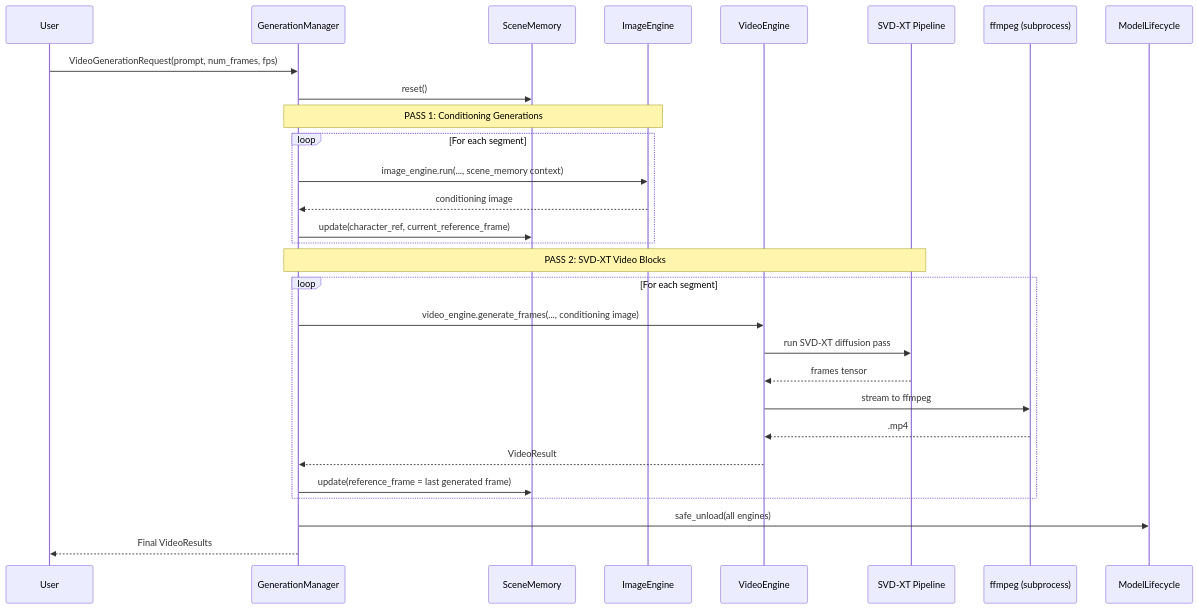
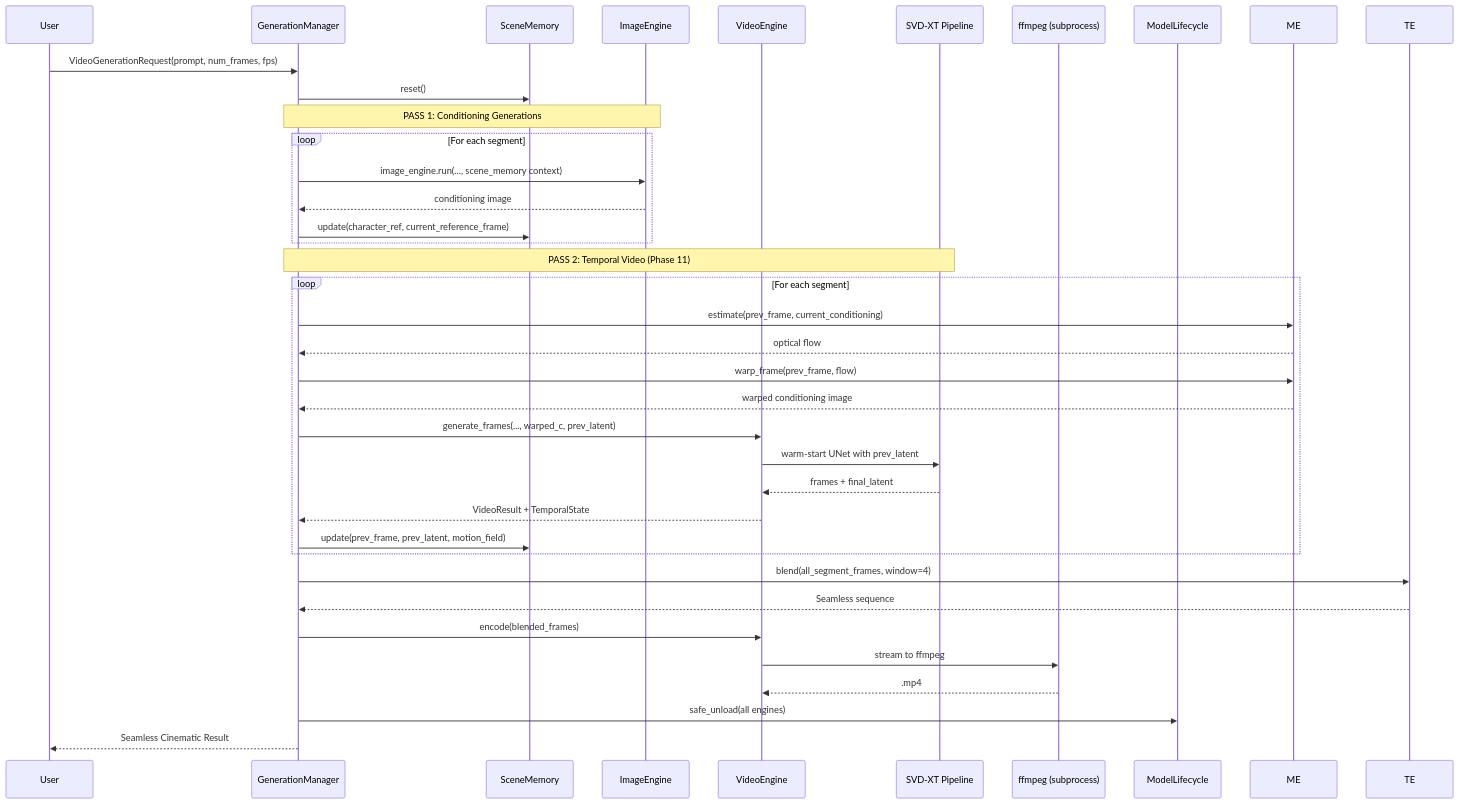
The third of 4 diagrams in README.md (SaiKarthik547/multigen), drawn with Mermaid before and after one commit. The commit also changed other lines of this file and 9 other files, not shown here.

Commit message:
feat: Implement Phase 11 Temporal Continuity Engine with latent propagation, motion-guided warping, and alpha-blending transitions.

````diff
--- a/README.md
+++ b/README.md
@@ -248,35 +254,45 @@
 ```mermaid
 sequenceDiagram
     participant U as User
     participant GM as GenerationManager
     participant SM as SceneMemory
     participant IE as ImageEngine
     participant VE as VideoEngine
     participant SVD as SVD-XT Pipeline
     participant FF as ffmpeg (subprocess)
     participant ML as ModelLifecycle
 
     U->>GM: VideoGenerationRequest(prompt, num_frames, fps)
     GM->>SM: reset()
 
     note over GM,IE: PASS 1: Conditioning Generations
     loop For each segment
         GM->>IE: image_engine.run(..., scene_memory context)
         IE-->>GM: conditioning image
         GM->>SM: update(character_ref, current_reference_frame)
     end
 
-    note over GM,SVD: PASS 2: SVD-XT Video Blocks
+    note over GM,SVD: PASS 2: Temporal Video (Phase 11)
     loop For each segment
-        GM->>VE: video_engine.generate_frames(..., conditioning image)
-        VE->>SVD: run SVD-XT diffusion pass
-        SVD-->>VE: frames tensor
-        VE->>FF: stream to ffmpeg
-        FF-->>VE: .mp4
-        VE-->>GM: VideoResult
-        GM->>SM: update(reference_frame = last generated frame)
+        GM->>ME: estimate(prev_frame, current_conditioning)
+        ME-->>GM: optical flow
+        GM->>ME: warp_frame(prev_frame, flow)
+        ME-->>GM: warped conditioning image
+        
+        GM->>VE: generate_frames(..., warped_c, prev_latent)
+        VE->>SVD: warm-start UNet with prev_latent
+        SVD-->>VE: frames + final_latent
+        VE-->>GM: VideoResult + TemporalState
+        
+        GM->>SM: update(prev_frame, prev_latent, motion_field)
     end
     
+    GM->>TE: blend(all_segment_frames, window=4)
+    TE-->>GM: Seamless sequence
+    GM->>VE: encode(blended_frames)
+    VE->>FF: stream to ffmpeg
+    FF-->>VE: .mp4
+    
     GM->>ML: safe_unload(all engines)
-    GM-->>U: Final VideoResults
+    GM-->>U: Seamless Cinematic Result
 ```
````
